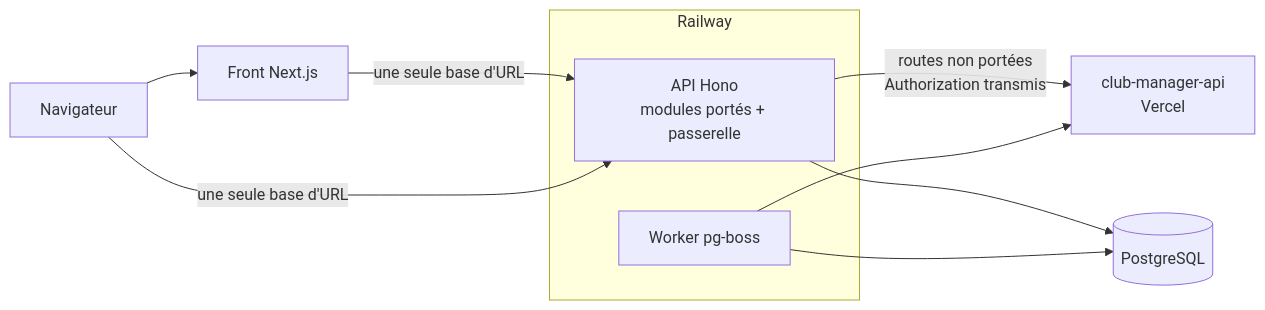
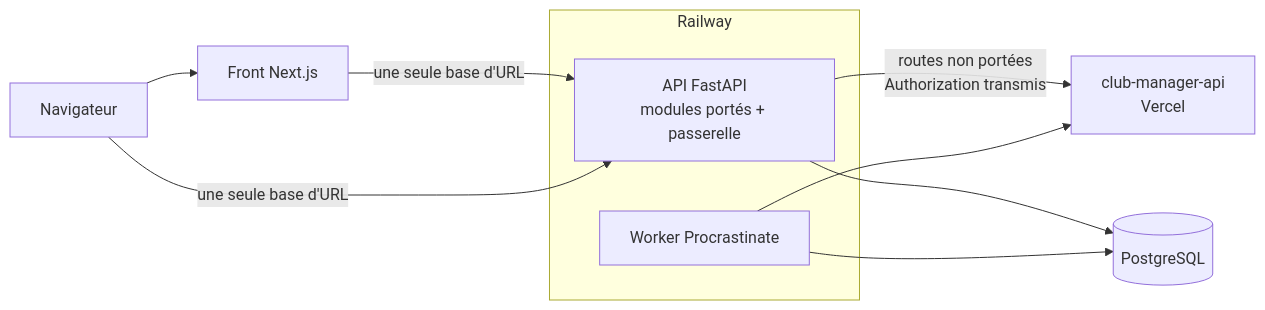
One commit to anisfut1/SCSB changed the second of 6 diagrams in docs/migration/05-architecture-cible.md. Above: the diagram before and after it, drawn with Mermaid. The commit also changed other lines of this file and 7 other files, not shown here.

Commit message:
docs(adr): passage du back à Python/FastAPI

````diff
--- a/docs/migration/05-architecture-cible.md
+++ b/docs/migration/05-architecture-cible.md
@@ -51,14 +51,14 @@
 ```mermaid
 flowchart LR
   U[Navigateur] --> F["Front Next.js"]
   F -->|"une seule base d'URL"| G
   U -->|"une seule base d'URL"| G
   subgraph Railway
-    G["API Hono<br/>modules portés + passerelle"]
-    W["Worker pg-boss"]
+    G["API FastAPI<br/>modules portés + passerelle"]
+    W["Worker Procrastinate"]
   end
   G -->|"routes non portées<br/>Authorization transmis"| L["club-manager-api<br/>Vercel"]
   G --> DB[(PostgreSQL)]
   W --> DB
   W --> L
 ```
````
